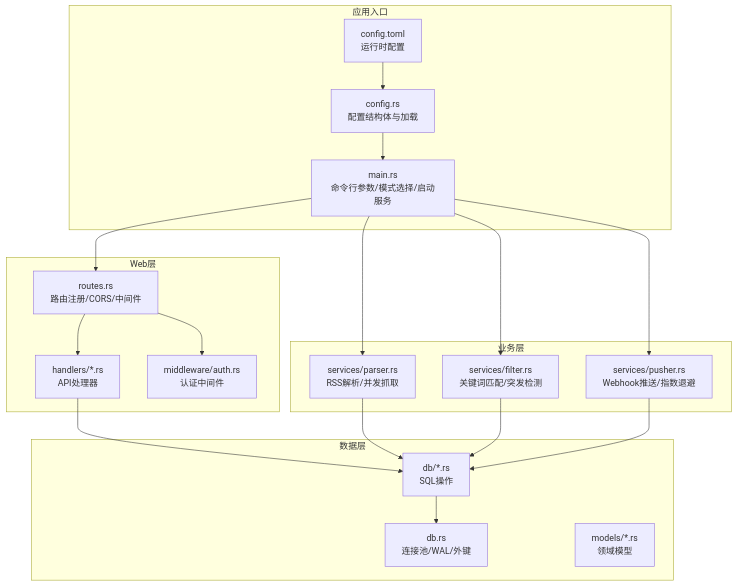
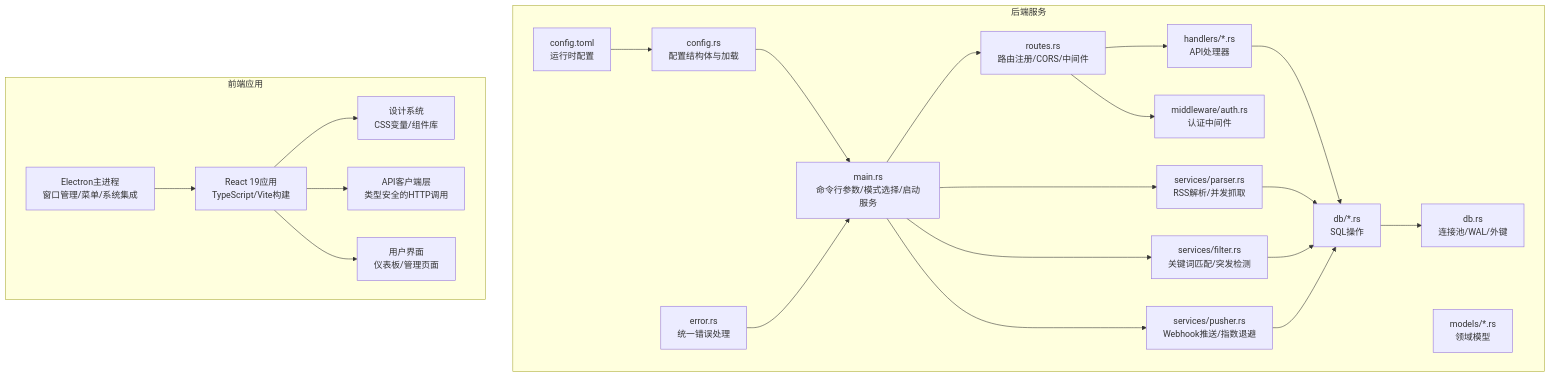
The first of 11 diagrams in .qoder/repowiki/zh/content/开发指南/开发指南.md (leimu-hue/AI-Trend-Tool), drawn with Mermaid before and after one commit. The commit also changed other lines of this file and 50 other files, not shown here.

````diff
--- a/.qoder/repowiki/zh/content/开发指南/开发指南.md
+++ b/.qoder/repowiki/zh/content/开发指南/开发指南.md
@@ -57,36 +86,43 @@
 ```mermaid
 graph TB
-subgraph "应用入口"
+subgraph "后端服务"
 MAIN["main.rs<br/>命令行参数/模式选择/启动服务"]
 CFG["config.rs<br/>配置结构体与加载"]
 CTOML["config.toml<br/>运行时配置"]
-end
-subgraph "Web层"
 ROUTES["routes.rs<br/>路由注册/CORS/中间件"]
 HANDLERS["handlers/*.rs<br/>API处理器"]
 MWARE["middleware/auth.rs<br/>认证中间件"]
-end
-subgraph "业务层"
 SVC_PARSER["services/parser.rs<br/>RSS解析/并发抓取"]
 SVC_FILTER["services/filter.rs<br/>关键词匹配/突发检测"]
 SVC_PUSHER["services/pusher.rs<br/>Webhook推送/指数退避"]
-end
-subgraph "数据层"
 DBMOD["db.rs<br/>连接池/WAL/外键"]
 MODELS["models/*.rs<br/>领域模型"]
 DAO["db/*.rs<br/>SQL操作"]
+ERROR["error.rs<br/>统一错误处理"]
+end
+subgraph "前端应用"
+ELECTRON["Electron主进程<br/>窗口管理/菜单/系统集成"]
+REACT["React 19应用<br/>TypeScript/Vite构建"]
+DESIGN["设计系统<br/>CSS变量/组件库"]
+API_CLIENT["API客户端层<br/>类型安全的HTTP调用"]
+UI["用户界面<br/>仪表板/管理页面"]
 end
 MAIN --> ROUTES
 MAIN --> SVC_PARSER
 MAIN --> SVC_FILTER
 MAIN --> SVC_PUSHER
 ROUTES --> HANDLERS
 ROUTES --> MWARE
 HANDLERS --> DAO
 SVC_PARSER --> DAO
 SVC_FILTER --> DAO
 SVC_PUSHER --> DAO
 DAO --> DBMOD
 CFG --> MAIN
 CTOML --> CFG
+ERROR --> MAIN
+ELECTRON --> REACT
+REACT --> DESIGN
+REACT --> API_CLIENT
+REACT --> UI
 ```
````
